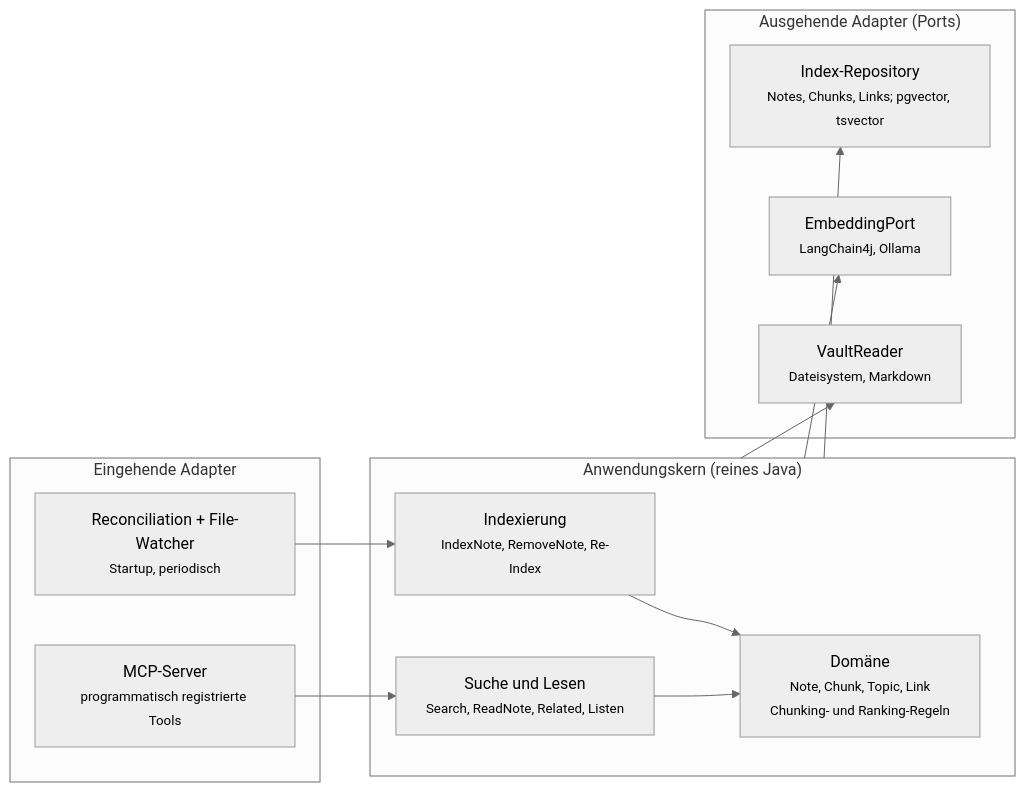
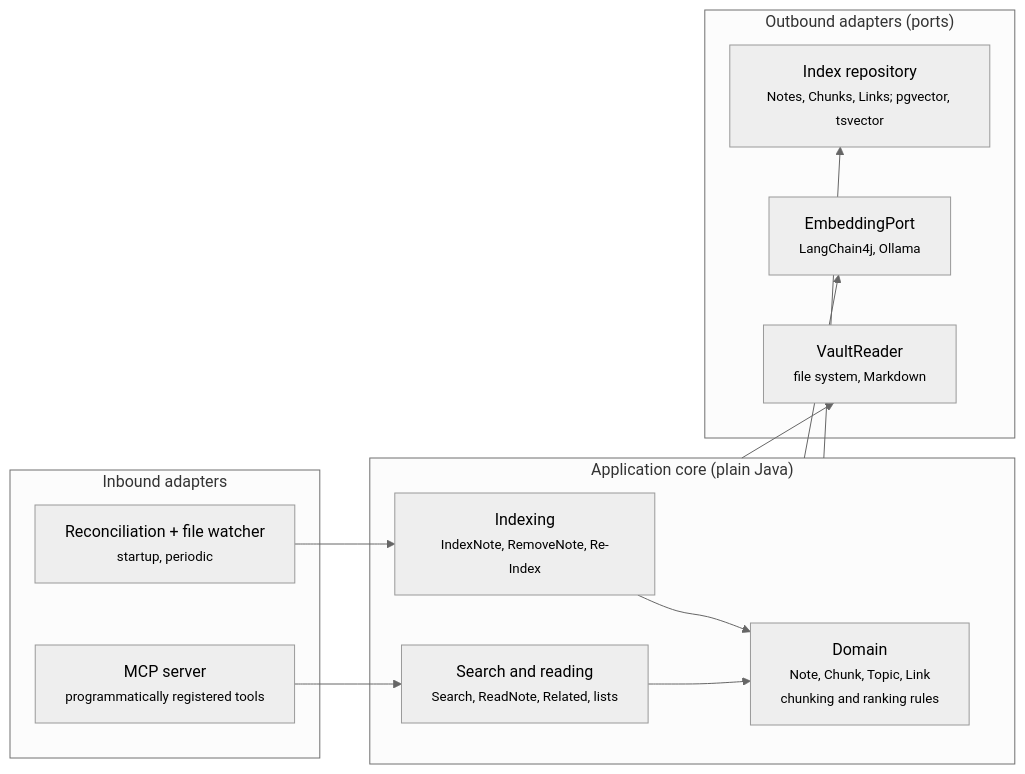
One commit to Luca-Blum/obsidian-knowledge-mcp changed the third of 3 diagrams in docs/architecture.md. Above: the diagram before and after it, drawn with Mermaid (neutral theme). The commit also changed other lines of this file and 1 other file, not shown here.

First line of the commit message:
Translate the architecture overview to English

````diff
--- a/docs/architecture.md
+++ b/docs/architecture.md
@@ -169,24 +169,24 @@
 ```mermaid
 flowchart LR
-    subgraph In["Eingehende Adapter"]
-        rec["Reconciliation + File-Watcher<br/><small>Startup, periodisch</small>"]
-        mcp["MCP-Server<br/><small>programmatisch registrierte Tools</small>"]
+    subgraph In["Inbound adapters"]
+        rec["Reconciliation + file watcher<br/><small>startup, periodic</small>"]
+        mcp["MCP server<br/><small>programmatically registered tools</small>"]
     end
-    subgraph Core["Anwendungskern (reines Java)"]
-        ucIndex["Indexierung<br/><small>IndexNote, RemoveNote, Re-Index</small>"]
-        ucSearch["Suche und Lesen<br/><small>Search, ReadNote, Related, Listen</small>"]
-        domain["Domäne<br/><small>Note, Chunk, Topic, Link<br/>Chunking- und Ranking-Regeln</small>"]
+    subgraph Core["Application core (plain Java)"]
+        ucIndex["Indexing<br/><small>IndexNote, RemoveNote, Re-Index</small>"]
+        ucSearch["Search and reading<br/><small>Search, ReadNote, Related, lists</small>"]
+        domain["Domain<br/><small>Note, Chunk, Topic, Link<br/>chunking and ranking rules</small>"]
         ucIndex --> domain
         ucSearch --> domain
     end
-    subgraph Out["Ausgehende Adapter (Ports)"]
-        reader["VaultReader<br/><small>Dateisystem, Markdown</small>"]
+    subgraph Out["Outbound adapters (ports)"]
+        reader["VaultReader<br/><small>file system, Markdown</small>"]
         emb["EmbeddingPort<br/><small>LangChain4j, Ollama</small>"]
-        repo["Index-Repository<br/><small>Notes, Chunks, Links; pgvector, tsvector</small>"]
+        repo["Index repository<br/><small>Notes, Chunks, Links; pgvector, tsvector</small>"]
     end
     rec --> ucIndex
     mcp --> ucSearch
     Core --> reader
     Core --> emb
     Core --> repo
 ```
````
